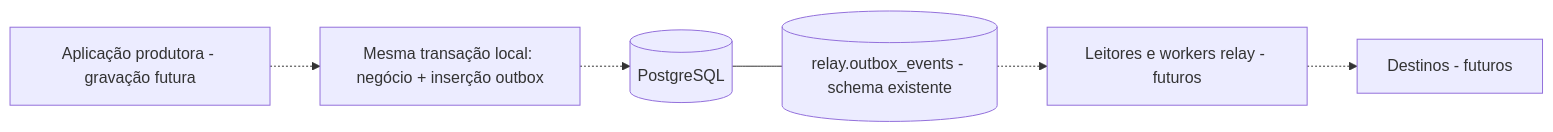
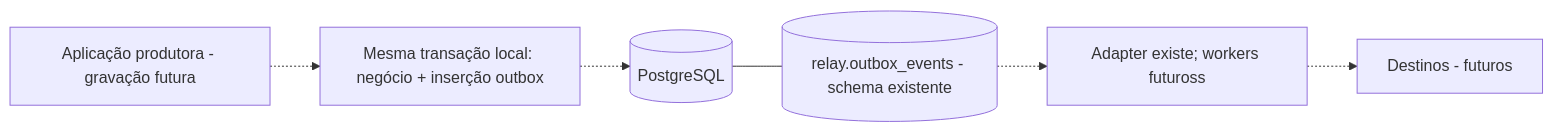
Before and after one commit to juniocr26/rust-event-relay: the first of 2 diagrams in docs/pt-BR/architecture.md, drawn with Mermaid. The commit also changed other lines of this file and 28 other files, not shown here.

````diff
--- a/docs/pt-BR/architecture.md
+++ b/docs/pt-BR/architecture.md
@@ -112,14 +112,14 @@
 ```mermaid
 flowchart LR
     PRODUCER[Aplicação produtora - gravação futura]
     TX[Mesma transação local: negócio + inserção outbox]
     DB[(PostgreSQL)]
     OUTBOX[(relay.outbox_events - schema existente)]
-    RELAY[Leitores e workers relay - futuros]
+    RELAY[Adapter existe; workers futuross]
     DEST[Destinos - futuros]
     PRODUCER -.-> TX
     TX -.-> DB
     DB --- OUTBOX
     OUTBOX -.-> RELAY
     RELAY -.-> DEST
 ```
````
